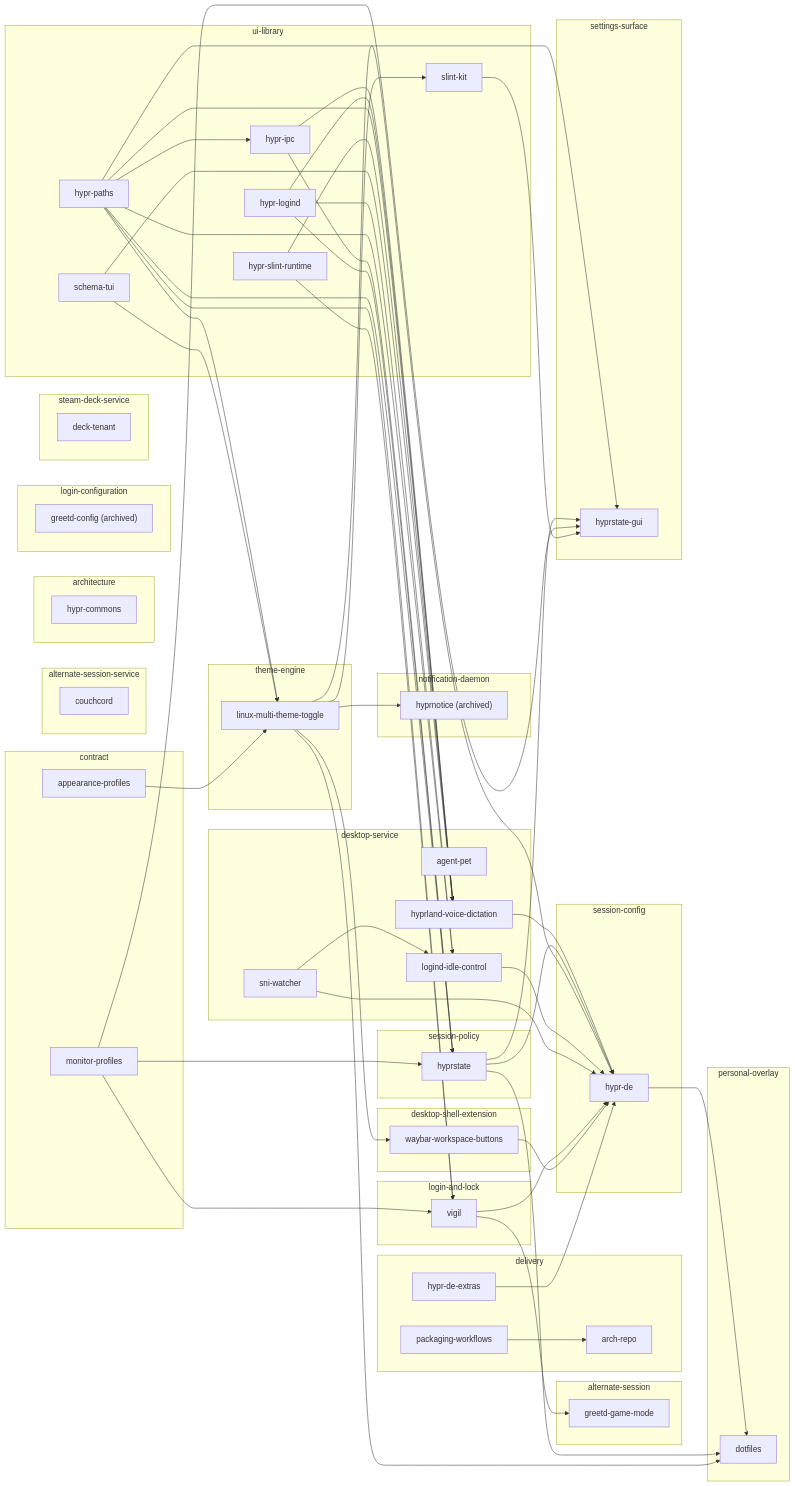
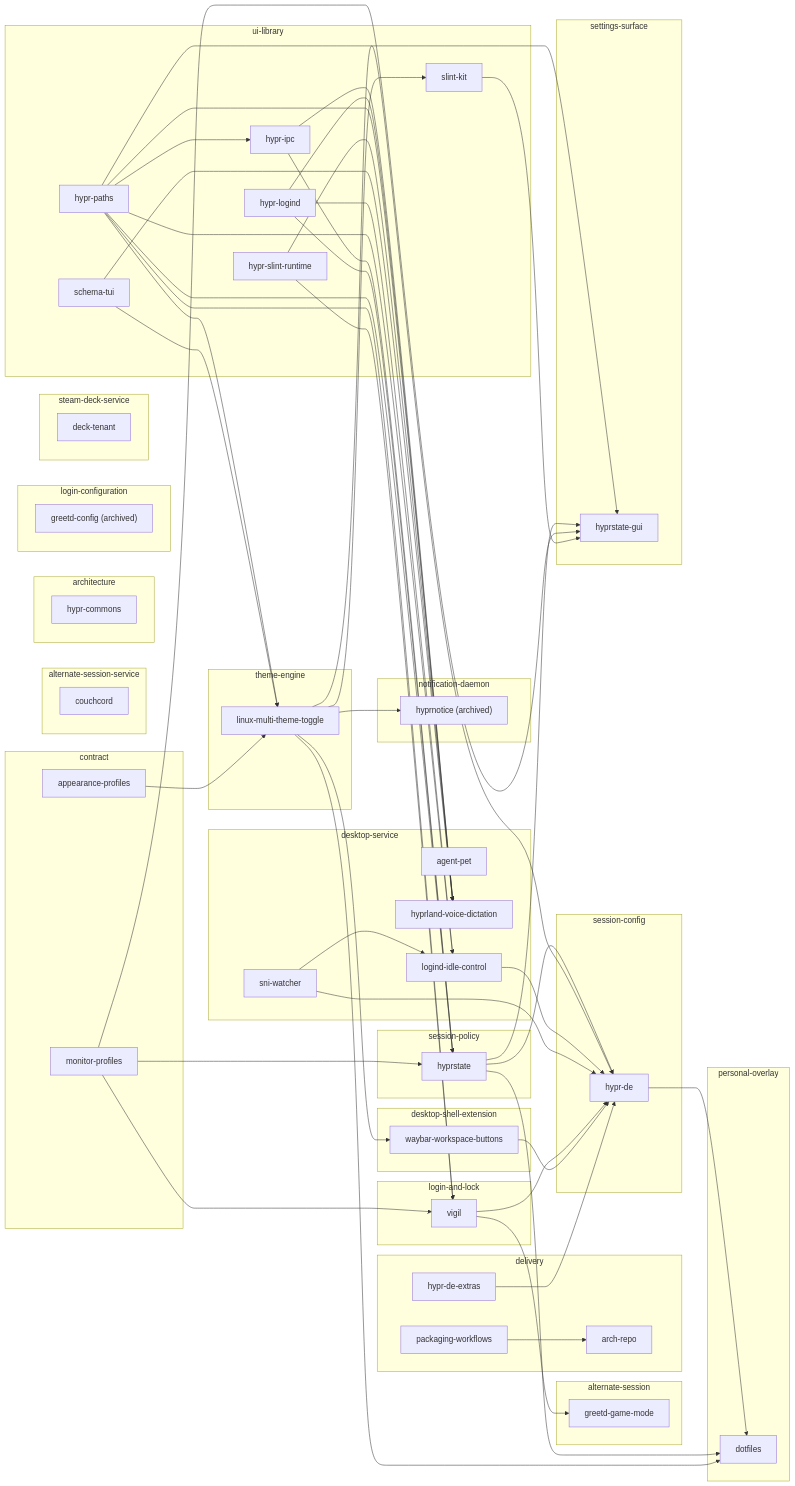
Before and after one commit to MasonRhodesDev/desktop-commons: the diagram in docs/ECOSYSTEM.md, drawn with Mermaid. The commit also changed 3 other files, not shown here.

```diff
--- a/docs/ECOSYSTEM.md
+++ b/docs/ECOSYSTEM.md
@@ -74,7 +74,6 @@
     repo_linux_multi_theme_toggle --> repo_dotfiles
     repo_vigil --> repo_greetd_game_mode
     repo_hypr_de_extras --> repo_hypr_de
-    repo_hyprland_voice_dictation --> repo_hypr_de
     repo_hyprstate --> repo_hypr_de
     repo_linux_multi_theme_toggle --> repo_hypr_de
     repo_logind_idle_control --> repo_hypr_de
```
